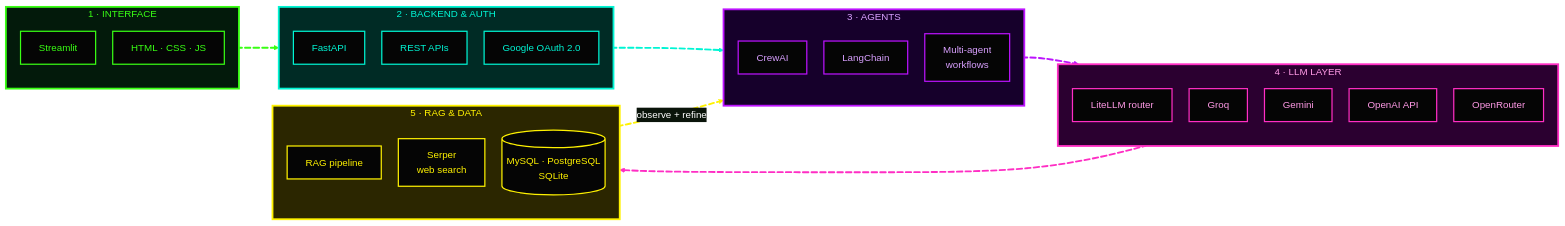
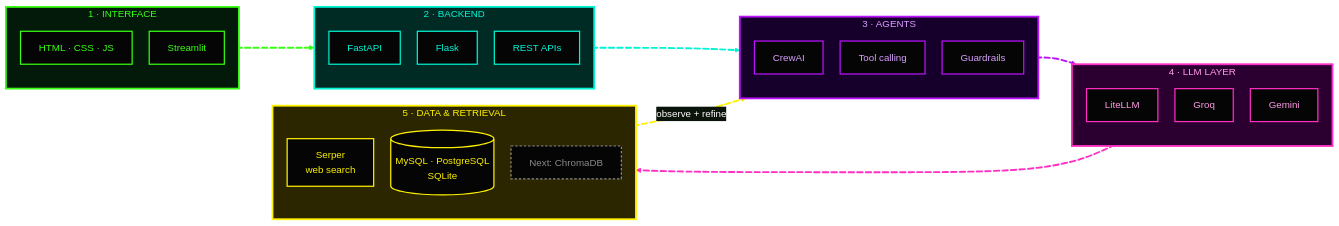
One commit to priyanshi17112007/priyanshi17112007 changed the seventh of 8 diagrams in README.md. Above: the diagram before and after it, drawn with Mermaid. The commit also changed other lines of this file, not shown here.

````diff
--- a/README.md
+++ b/README.md
@@ -324,60 +367,59 @@
 ```mermaid
 %%{init: {'theme':'base','themeVariables':{'background':'#050505','primaryColor':'#0a0a14','primaryTextColor':'#ffffff','primaryBorderColor':'#39FF14','lineColor':'#00F5D4','fontFamily':'monospace','clusterBkg':'#0a0a14'},'flowchart':{'curve':'basis','nodeSpacing':28,'rankSpacing':55}}}%%
 flowchart LR
     subgraph L1["1 · INTERFACE"]
-        A1[Streamlit]:::g
-        A2[HTML · CSS · JS]:::g
+        A1[HTML · CSS · JS]:::g
+        A2[Streamlit]:::g
     end
-    subgraph L2["2 · BACKEND & AUTH"]
+    subgraph L2["2 · BACKEND"]
         B1[FastAPI]:::c
-        B2[REST APIs]:::c
-        B3[Google OAuth 2.0]:::c
+        B2[Flask]:::c
+        B3[REST APIs]:::c
     end
     subgraph L3["3 · AGENTS"]
         C1[CrewAI]:::p
-        C2[LangChain]:::p
-        C3[Multi-agent<br/>workflows]:::p
+        C2[Tool calling]:::p
+        C3[Guardrails]:::p
     end
     subgraph L4["4 · LLM LAYER"]
-        D1[LiteLLM router]:::k
+        D1[LiteLLM]:::k
         D2[Groq]:::k
         D3[Gemini]:::k
-        D4[OpenAI API]:::k
-        D5[OpenRouter]:::k
     end
-    subgraph L5["5 · RAG & DATA"]
-        E1[RAG pipeline]:::y
-        E2[Serper<br/>web search]:::y
-        E3[(MySQL · PostgreSQL<br/>SQLite)]:::y
+    subgraph L5["5 · DATA & RETRIEVAL"]
+        E1[Serper<br/>web search]:::y
+        E2[(MySQL · PostgreSQL<br/>SQLite)]:::y
+        E3[Next: ChromaDB]:::n
     end
 
     L1 e1@==> L2
     L2 e2@==> L3
     L3 e3@==> L4
     L4 e4@==> L5
     L5 e5@-.->|observe + refine| L3
 
     e1@{ animate: true, animation: fast }
     e2@{ animate: true, animation: fast }
     e3@{ animate: true, animation: fast }
     e4@{ animate: true, animation: fast }
     e5@{ animate: true, animation: slow }
 
     style L1 fill:#031A0B,stroke:#39FF14,stroke-width:3px,color:#39FF14
     style L2 fill:#002B25,stroke:#00F5D4,stroke-width:3px,color:#00F5D4
     style L3 fill:#16002B,stroke:#BC13FE,stroke-width:3px,color:#d9a0ff
     style L4 fill:#2b0030,stroke:#ff2ec4,stroke-width:3px,color:#ff9ae6
     style L5 fill:#2b2600,stroke:#fff200,stroke-width:3px,color:#fff200
 
     classDef g fill:#050505,stroke:#39FF14,stroke-width:2px,color:#39FF14;
     classDef c fill:#050505,stroke:#00F5D4,stroke-width:2px,color:#00F5D4;
     classDef p fill:#050505,stroke:#BC13FE,stroke-width:2px,color:#d9a0ff;
     classDef k fill:#050505,stroke:#ff2ec4,stroke-width:2px,color:#ff9ae6;
     classDef y fill:#050505,stroke:#fff200,stroke-width:2px,color:#fff200;
+    classDef n fill:#050505,stroke:#8A8A8A,stroke-width:2px,stroke-dasharray:4 3,color:#8A8A8A;
 
     linkStyle 0 stroke:#39FF14,stroke-width:3px;
     linkStyle 1 stroke:#00F5D4,stroke-width:3px;
     linkStyle 2 stroke:#BC13FE,stroke-width:3px;
     linkStyle 3 stroke:#ff2ec4,stroke-width:3px;
     linkStyle 4 stroke:#fff200,stroke-width:3px;
 ```
````
